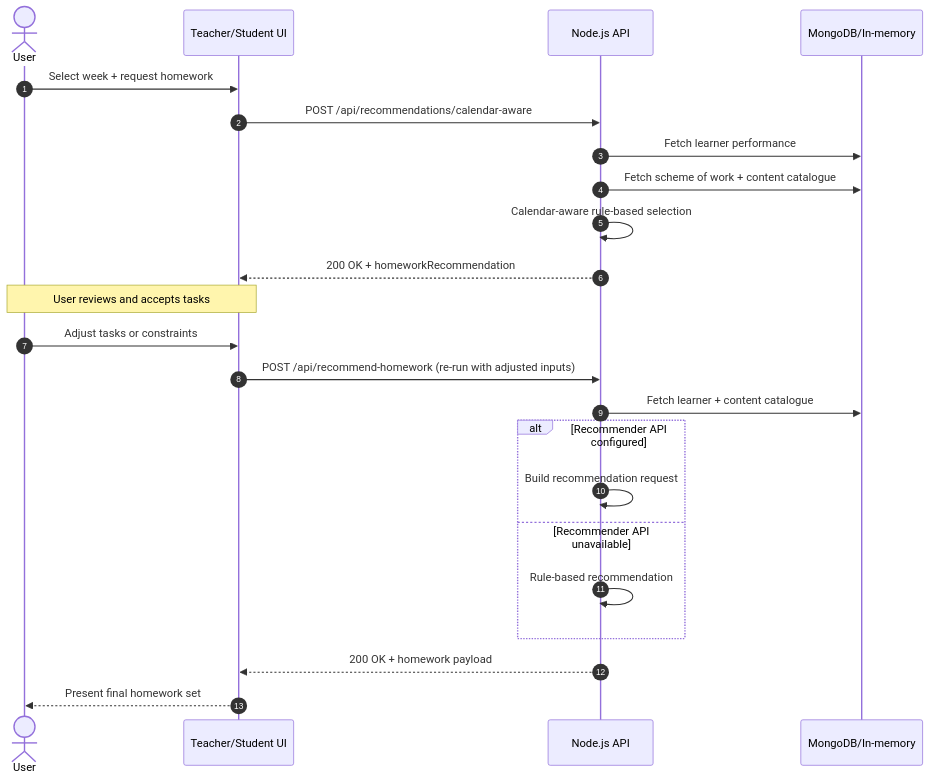
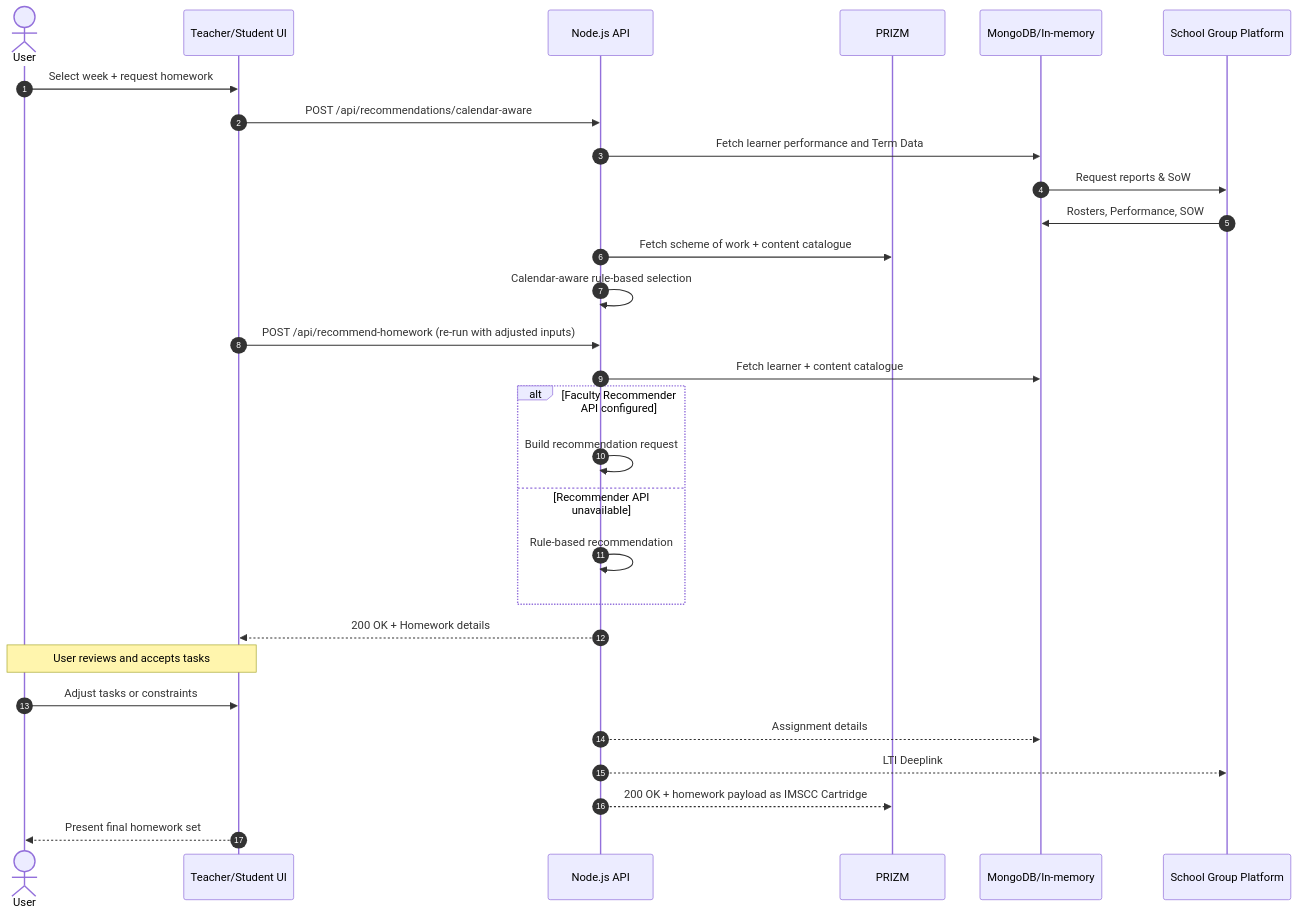
One commit to ragpark/InspiredHomeWorkPoC changed the third of 4 diagrams in docs/swagger-api-summary.md. Above: the diagram before and after it, drawn with Mermaid.

````diff
--- a/docs/swagger-api-summary.md
+++ b/docs/swagger-api-summary.md
@@ -398,27 +398,35 @@
 ```mermaid
 sequenceDiagram
   autonumber
   actor User
   participant UI as Teacher/Student UI
   participant API as Node.js API
+  participant PZ as PRIZM
   participant DB as MongoDB/In-memory
+  participant IN as School Group Platform
+  
 
   User->>UI: Select week + request homework
   UI->>API: POST /api/recommendations/calendar-aware
-  API->>DB: Fetch learner performance
-  API->>DB: Fetch scheme of work + content catalogue
+  API->>DB: Fetch learner performance and Term Data
+  DB->>IN: Request reports & SoW
+  IN ->> DB: Rosters, Performance, SOW 
+  API->>PZ: Fetch scheme of work + content catalogue
   API->>API: Calendar-aware rule-based selection
-  API-->>UI: 200 OK + homeworkRecommendation
 
-  Note over UI,User: User reviews and accepts tasks
-  User->>UI: Adjust tasks or constraints
   UI->>API: POST /api/recommend-homework (re-run with adjusted inputs)
   API->>DB: Fetch learner + content catalogue
-  alt Recommender API configured
+  alt Faculty Recommender API configured
     API->>API: Build recommendation request
   else Recommender API unavailable
     API->>API: Rule-based recommendation
   end
-  API-->>UI: 200 OK + homework payload
+  API-->>UI: 200 OK + Homework details
+  Note over UI,User: User reviews and accepts tasks
+  User->>UI: Adjust tasks or constraints
+  
+  API-->>DB: Assignment details
+  API-->>IN: LTI Deeplink
+  API-->>PZ: 200 OK + homework payload as IMSCC Cartridge
   UI-->>User: Present final homework set
 ```
````
